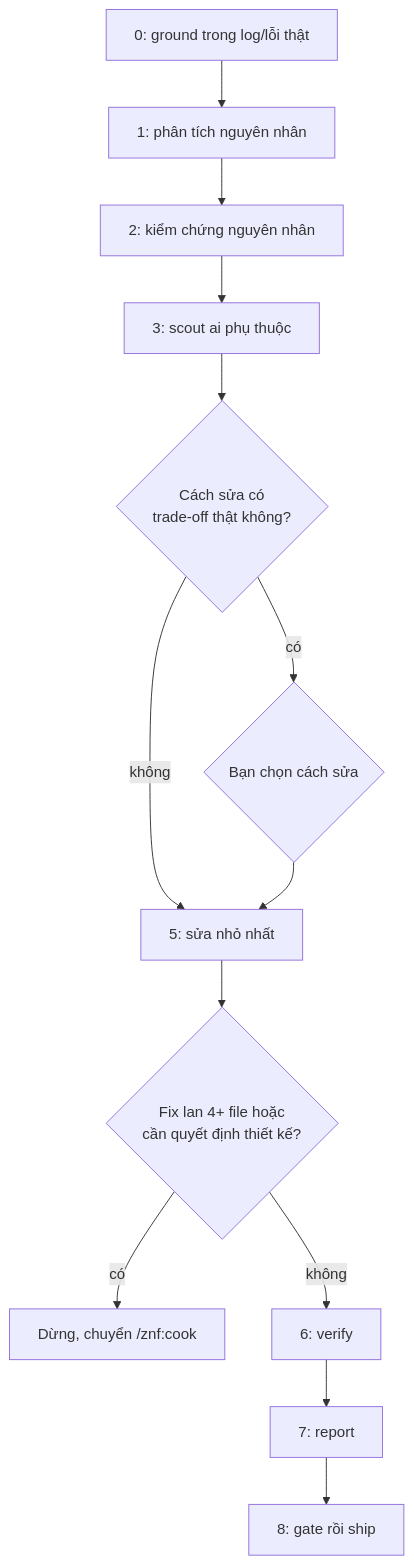
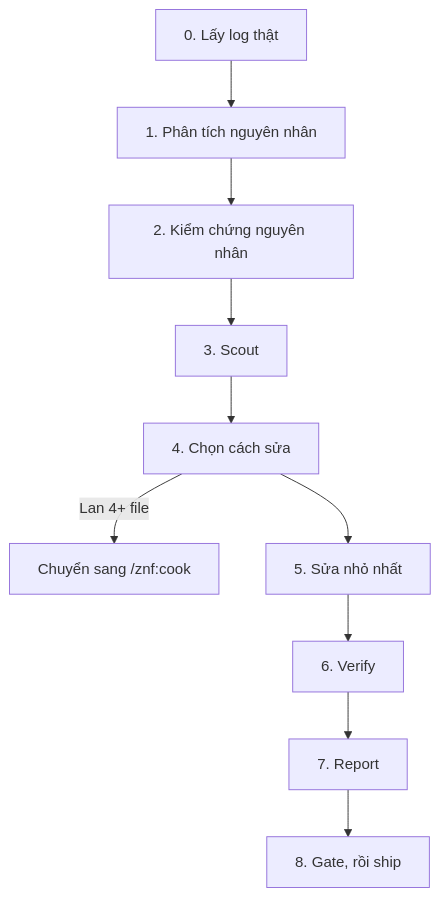
Before and after one commit to ZenifyAIContactCenter/zenify-kit: the diagram in website/workflows/fix.md, drawn with Mermaid. The commit also changed other lines of this file and 16 other files, not shown here.

````diff
--- a/website/workflows/fix.md
+++ b/website/workflows/fix.md
@@ -36,15 +43,15 @@
 ```mermaid
 flowchart TD
-  A[0: ground trong log/lỗi thật] --> B[1: phân tích nguyên nhân]
-  B --> C[2: kiểm chứng nguyên nhân]
-  C --> D[3: scout ai phụ thuộc]
-  D --> E{Cách sửa có<br/>trade-off thật không?}
-  E -- có --> F{Bạn chọn cách sửa}
-  E -- không --> G[5: sửa nhỏ nhất]
-  F --> G
-  G --> H{Fix lan 4+ file hoặc<br/>cần quyết định thiết kế?}
-  H -- có --> I[Dừng, chuyển /znf:cook]
-  H -- không --> J[6: verify]
-  J --> K[7: report]
-  K --> L[8: gate rồi ship]
+  A["0. Lấy log thật"] --> B["1. Phân tích nguyên nhân"]
+  B --> C["2. Kiểm chứng nguyên nhân"]
+  C --> D["3. Scout"]
+  D --> E["4. Chọn cách sửa"]
+  E -->|Lan 4+ file| I["Chuyển sang /znf:cook"]
+  E --> G["5. Sửa nhỏ nhất"]
+  G --> J["6. Verify"]
+  J --> K["7. Report"]
+  K --> L["8. Gate, rồi ship"]
+  class A,B,C,D,G,J,K,L action
+  class E user
+  class I stop
 ```
````
